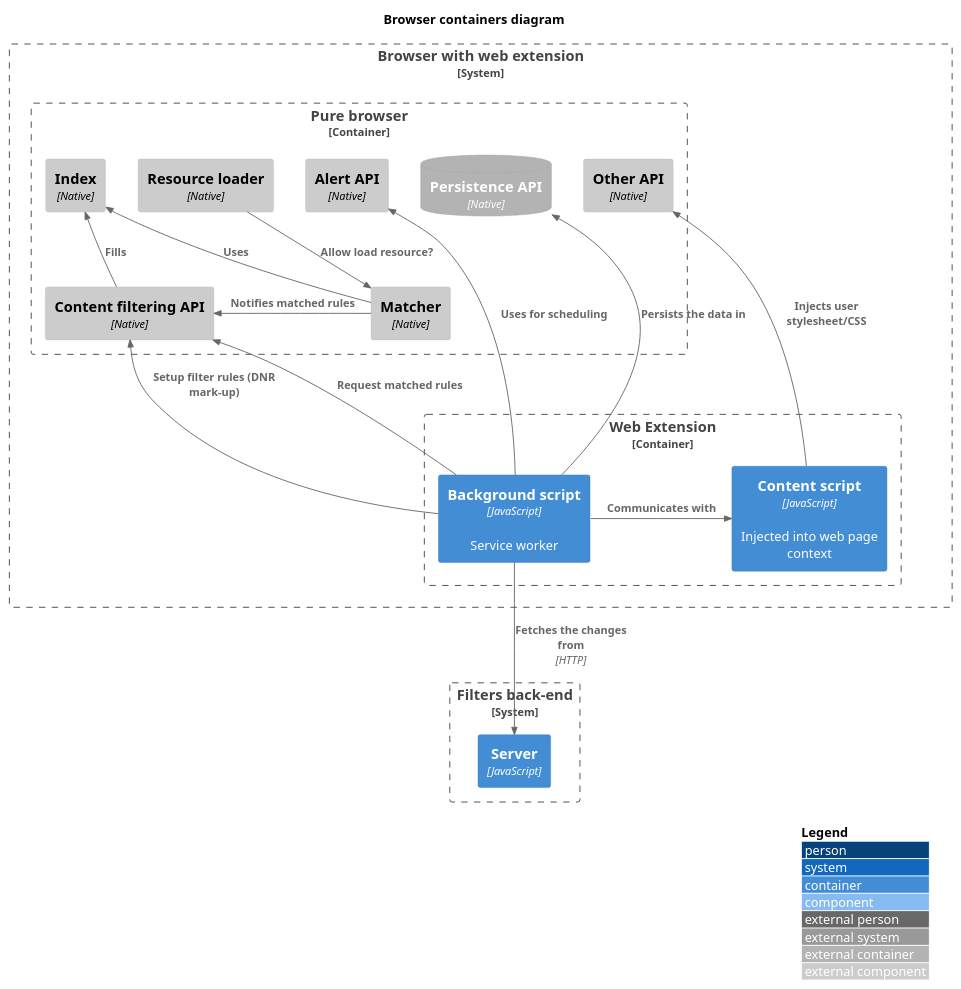
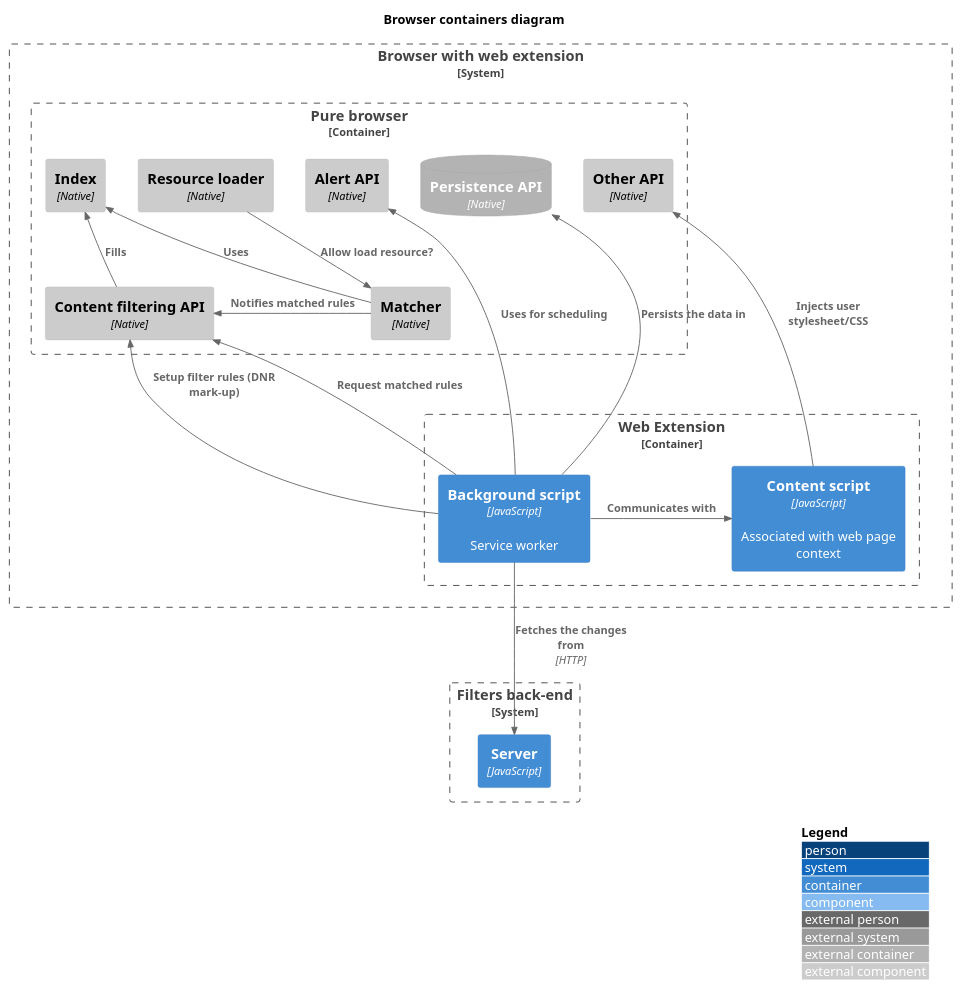
Before and after one commit to 4ntoine/mv3_spec_c4: the diagram in containers_browser.puml, drawn with PlantUML. The commit also changed 1 other file, not shown here.

```diff
--- a/containers_browser.puml
+++ b/containers_browser.puml
@@ -1,43 +1,43 @@
 @startuml
 !include https://raw.githubusercontent.com/plantuml-stdlib/C4-PlantUML/master/C4_Context.puml
 !include https://raw.githubusercontent.com/plantuml-stdlib/C4-PlantUML/master/C4_Container.puml
 !include https://raw.githubusercontent.com/plantuml-stdlib/C4-PlantUML/master/C4_Component.puml
 
 title Browser containers diagram
 LAYOUT_WITH_LEGEND()
 
 ' system itself
 System_Boundary(browserSystem, "Browser with web extension") {
   Container_Boundary(browserContainer, "Pure browser", "Native") {
     Component_Ext(browserCore, "Content filtering API", "Native")
     Component_Ext(browserApi, "Other API", "Native")
     Component_Ext(index, "Index", "Native")
     Component_Ext(matcher, "Matcher", "Native")
     Component_Ext(loader, "Resource loader", "Native")
     ContainerDb_Ext(persistence, "Persistence API", "Native")
     Component_Ext(schedulers, "Alert API", "Native")
   }
 
   Container_Boundary(webExtContainer, "Web Extension") {
-    Container(webExtContent, "Content script", "JavaScript", "Injected into web page context")
+    Container(webExtContent, "Content script", "JavaScript", "Associated with web page context")
     Container(webExtBackground, "Background script", "JavaScript", "Service worker")
   }
 }
 
 System_Boundary(backEndContainer, "Filters back-end") {
     Container(backEnd, "Server", "JavaScript")
 }
 
 ' relations
 Rel_U(webExtBackground, browserCore, "Request matched rules")
 Rel_U(webExtBackground, browserCore, "Setup filter rules (DNR mark-up)")
 Rel_U(webExtContent, browserApi, "Injects user stylesheet/CSS")
 Rel_U(webExtBackground, persistence, "Persists the data in")
 Rel_U(webExtBackground, schedulers, "Uses for scheduling")
 Rel_U(browserCore, index, "Fills")
 Rel_U(matcher, index, "Uses")
 Rel_D(loader, matcher, "Allow load resource?")
 Rel_L(matcher, browserCore, "Notifies matched rules")
 Rel_D(webExtBackground, backEnd, "Fetches the changes from", "HTTP")
 Rel_L(webExtBackground, webExtContent, "Communicates with")
 @enduml
```
